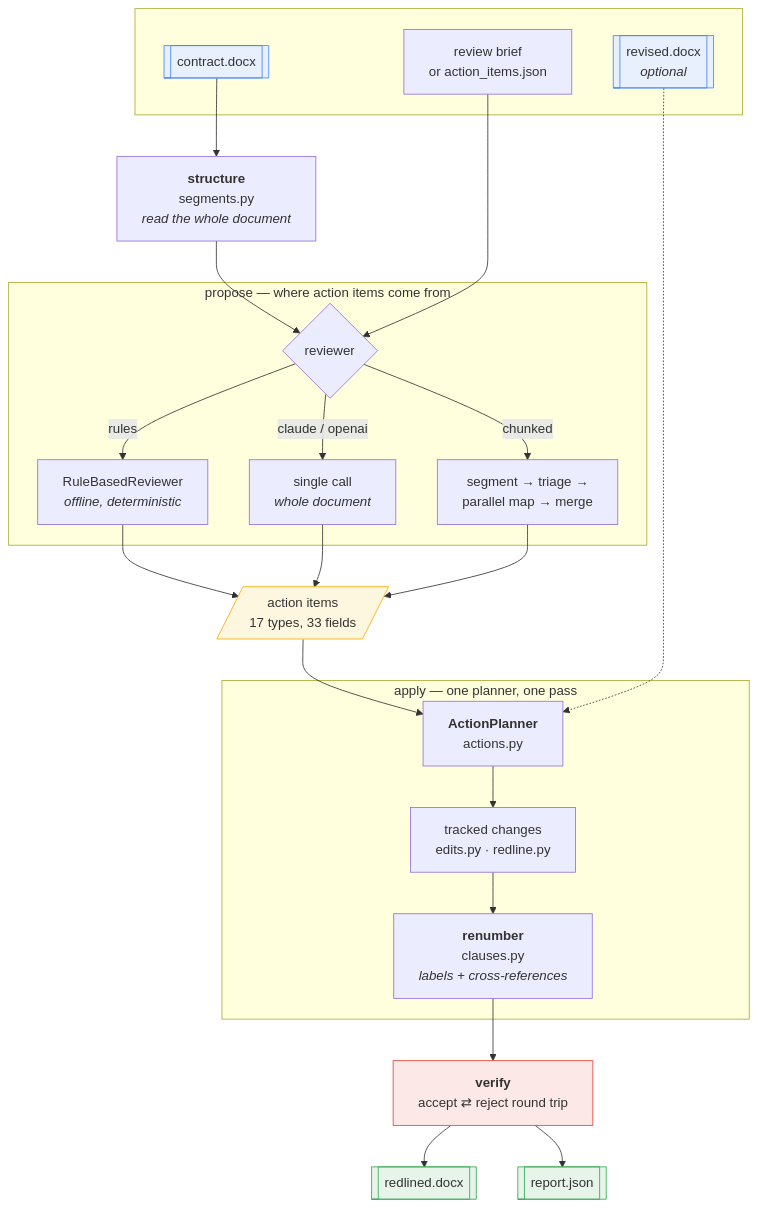
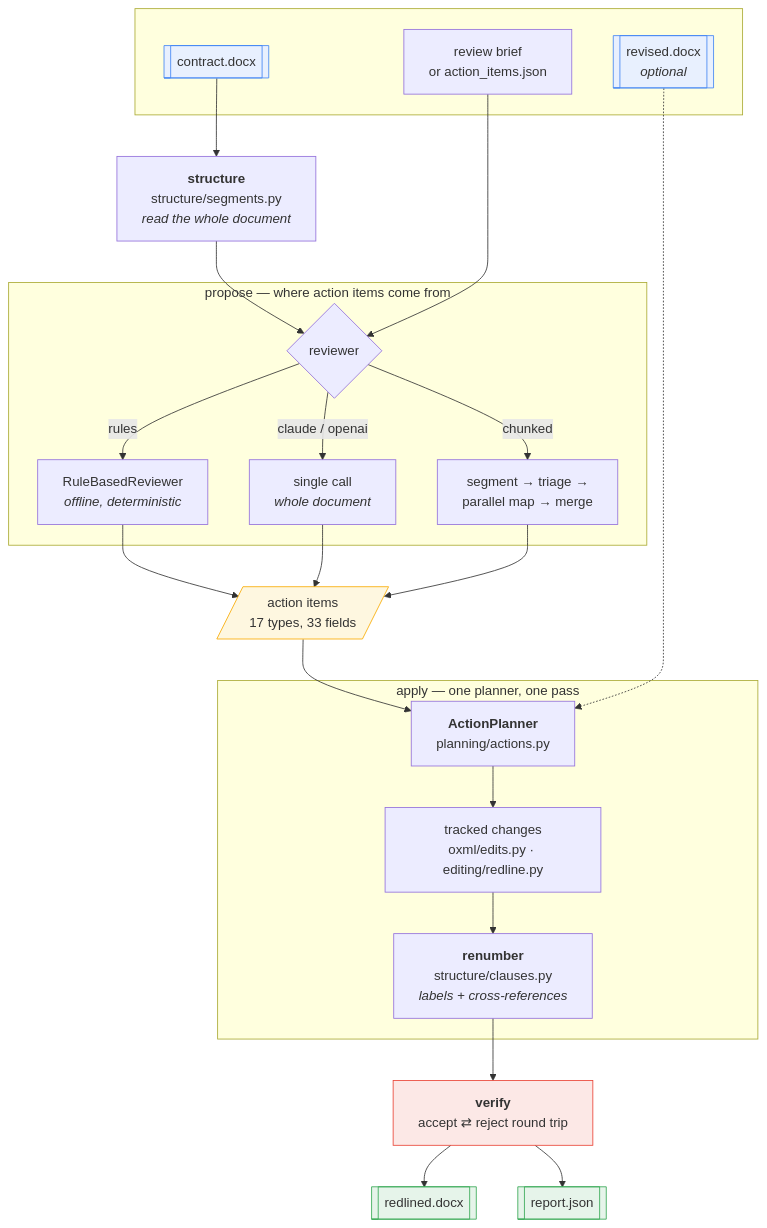
Before and after one commit to gh-aswanth/docx_walking: the first of 2 diagrams in docs/README.md, drawn with Mermaid. The commit also changed other lines of this file and 14 other files, not shown here.

````diff
--- a/docs/README.md
+++ b/docs/README.md
@@ -22,42 +27,42 @@
 ```mermaid
 flowchart TB
     subgraph input [" "]
         DOC[["contract.docx"]]
         BRIEF["review brief<br/>or action_items.json"]
         REV[["revised.docx<br/><i>optional</i>"]]
     end
 
     DOC --> STRUCT
-    STRUCT["<b>structure</b><br/>segments.py<br/><i>read the whole document</i>"] --> REVIEWER
+    STRUCT["<b>structure</b><br/>structure/segments.py<br/><i>read the whole document</i>"] --> REVIEWER
 
     subgraph propose ["propose — where action items come from"]
         REVIEWER{"reviewer"}
         REVIEWER -->|rules| RULES["RuleBasedReviewer<br/><i>offline, deterministic</i>"]
         REVIEWER -->|claude / openai| ONE["single call<br/><i>whole document</i>"]
         REVIEWER -->|chunked| MANY["segment → triage →<br/>parallel map → merge"]
     end
 
     BRIEF --> REVIEWER
     RULES --> ITEMS
     ONE --> ITEMS
     MANY --> ITEMS
     ITEMS[/"action items<br/>17 types, 33 fields"/]
 
     ITEMS --> PLAN
     REV -.-> PLAN
     subgraph apply ["apply — one planner, one pass"]
-        PLAN["<b>ActionPlanner</b><br/>actions.py"] --> EDITS["tracked changes<br/>edits.py · redline.py"]
-        EDITS --> RENUM["<b>renumber</b><br/>clauses.py<br/><i>labels + cross-references</i>"]
+        PLAN["<b>ActionPlanner</b><br/>planning/actions.py"] --> EDITS["tracked changes<br/>oxml/edits.py · editing/redline.py"]
+        EDITS --> RENUM["<b>renumber</b><br/>structure/clauses.py<br/><i>labels + cross-references</i>"]
     end
 
     RENUM --> VERIFY["<b>verify</b><br/>accept ⇄ reject round trip"]
     VERIFY --> OUT[["redlined.docx"]]
     VERIFY --> REPORT[["report.json"]]
 
     style DOC fill:#e8f0fe,stroke:#4285f4
     style REV fill:#e8f0fe,stroke:#4285f4
     style OUT fill:#e6f4ea,stroke:#34a853
     style REPORT fill:#e6f4ea,stroke:#34a853
     style ITEMS fill:#fef7e0,stroke:#f9ab00
     style VERIFY fill:#fce8e6,stroke:#ea4335
 ```
````
